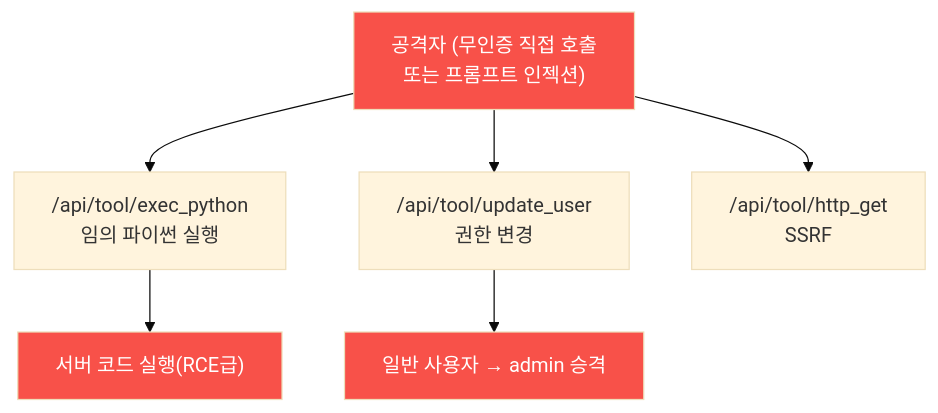
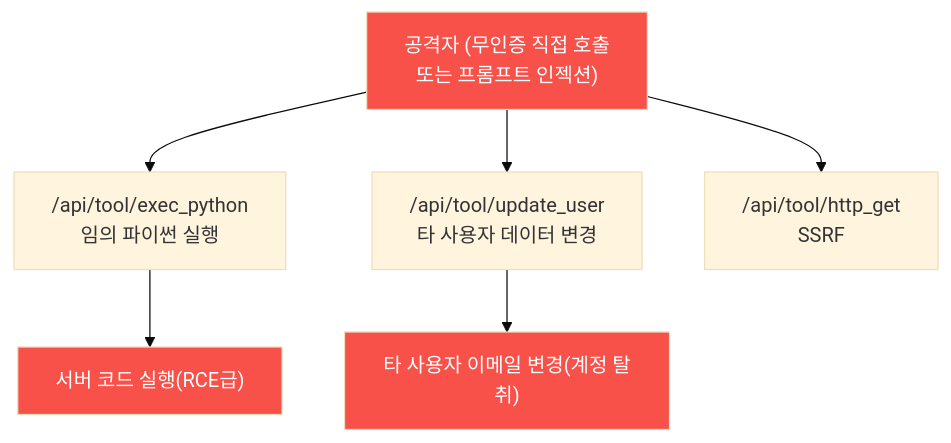
One commit to mrgrit/tw2 changed the diagram in contents/training/ai-service-pentest/lecture_week07.md. Above: the diagram before and after it, drawn with Mermaid (base theme). The commit also changed other lines of this file, not shown here.

````diff
--- a/contents/training/ai-service-pentest/lecture_week07.md
+++ b/contents/training/ai-service-pentest/lecture_week07.md
@@ -57,11 +59,11 @@
 ```mermaid
 graph TD
     A["공격자 (무인증 직접 호출<br/>또는 프롬프트 인젝션)"] --> T1["/api/tool/exec_python<br/>임의 파이썬 실행"]
-    A --> T2["/api/tool/update_user<br/>권한 변경"]
+    A --> T2["/api/tool/update_user<br/>타 사용자 데이터 변경"]
     A --> T3["/api/tool/http_get<br/>SSRF"]
     T1 --> X1["서버 코드 실행(RCE급)"]
-    T2 --> X2["일반 사용자 → admin 승격"]
+    T2 --> X2["타 사용자 이메일 변경(계정 탈취)"]
     style A fill:#f85149,color:#fff
     style X1 fill:#f85149,color:#fff
     style X2 fill:#f85149,color:#fff
 ```
````
